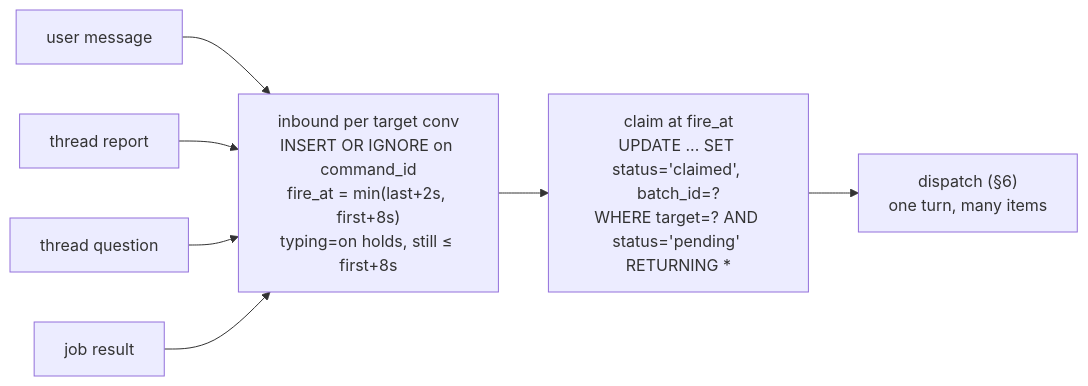
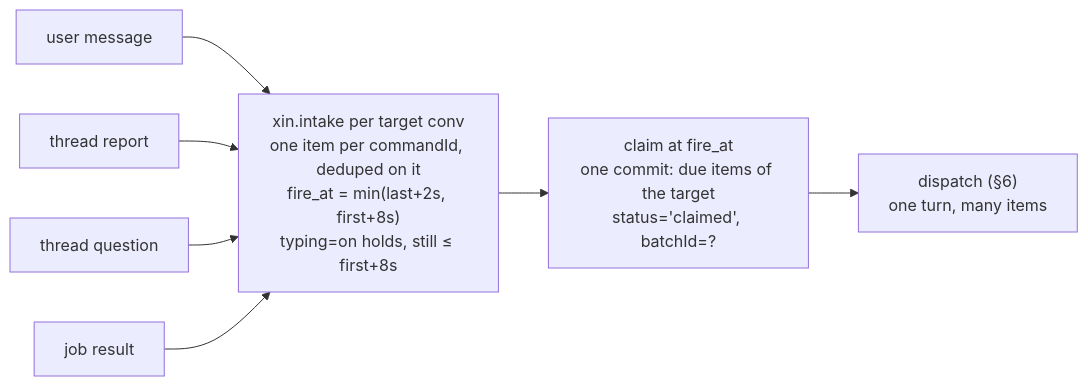
The first of 2 diagrams in docs/plan/architecture/04-intake-and-dispatch.md (keyurbodar/xin), drawn with Mermaid before and after one commit. The commit also changed other lines of this file and 37 other files, not shown here.

````diff
--- a/docs/plan/architecture/04-intake-and-dispatch.md
+++ b/docs/plan/architecture/04-intake-and-dispatch.md
@@ -9,10 +9,10 @@
 ```mermaid
 flowchart LR
-  IN["inbound per target conv<br/>INSERT OR IGNORE on command_id<br/>fire_at = min(last+2s, first+8s)<br/>typing=on holds, still ≤ first+8s"]
+  IN["xin.intake per target conv<br/>one item per commandId, deduped on it<br/>fire_at = min(last+2s, first+8s)<br/>typing=on holds, still ≤ first+8s"]
   U["user message"] --> IN
   R["thread report"] --> IN
   Q["thread question"] --> IN
   J["job result"] --> IN
-  IN --> CL["claim at fire_at<br/>UPDATE ... SET status='claimed', batch_id=?<br/>WHERE target=? AND status='pending' RETURNING *"]
+  IN --> CL["claim at fire_at<br/>one commit: due items of the target<br/>status='claimed', batchId=?"]
   CL --> DI["dispatch (§6)<br/>one turn, many items"]
 ```
````
